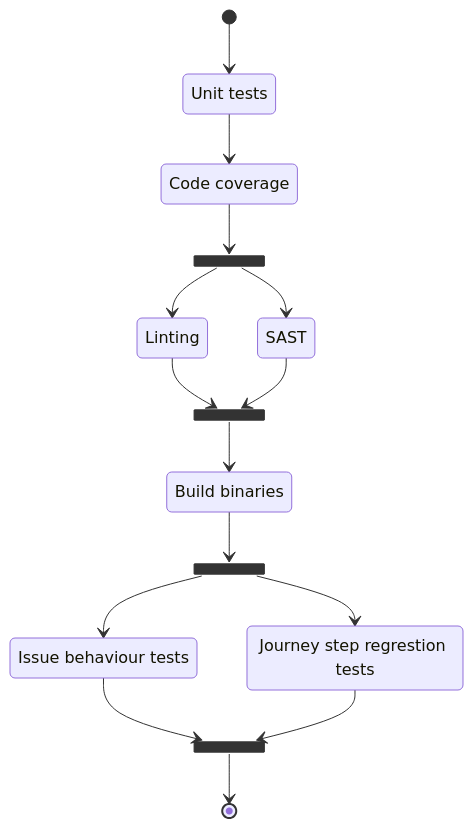
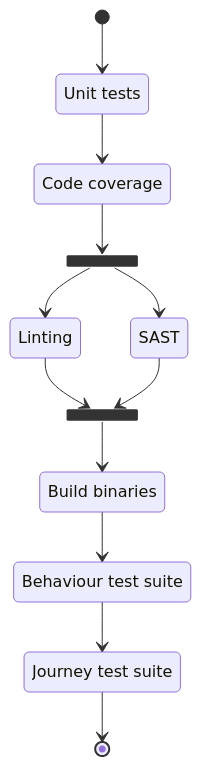
The eighth of 8 diagrams in docs/factory_pipelines.md (ContinuousEngineeringProject/ContinuousEngineeringProject.github.io), drawn with Mermaid before and after one commit. The commit also changed other lines of this file, not shown here.

````diff
--- a/docs/factory_pipelines.md
+++ b/docs/factory_pipelines.md
@@ -100,30 +140,25 @@
 ```mermaid
 stateDiagram-v2
   s0 : Unit tests
   s1 : Code coverage
   s2 : Linting
   s3 : SAST
   s4 : Build binaries
-  s5 : Issue behaviour tests
-  s6 : Journey step regrestion tests
+  s5 : Behaviour test suite
+  s6 : Journey test suite
   
   state f1 <<fork>>
   state j1 <<join>>
-  state f2 <<fork>>
-  state j2 <<join>>
   
   [*] --> s0
   s0 --> s1
   s1 --> f1
   f1 --> s2
   f1 --> s3
   s2 --> j1
   s3 --> j1
   j1 --> s4
-  s4 --> f2
-  f2 --> s5
-  f2 --> s6
-  s5 --> j2
-  s6 --> j2
-  j2 --> [*]
+  s4 --> s5
+  s5 --> s6
+  s6 --> [*]
 ```
````
